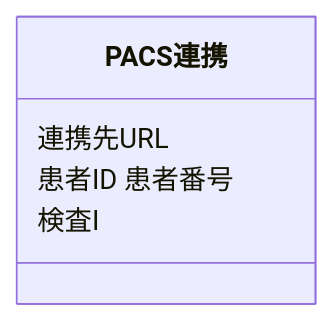
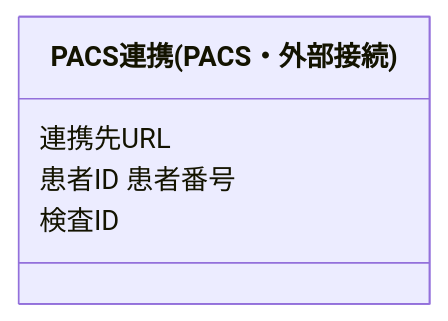
Before and after one commit to mmineno/projext-x: the diagram in db/外部接続・PACS.md, drawn with Mermaid. The commit also changed 1 other file, not shown here.

````diff
--- a/db/外部接続・PACS.md
+++ b/db/外部接続・PACS.md
@@ -1,9 +1,9 @@
 ```mermaid
 classDiagram
 direction BT
-    class PACS連携 {
+    class PACS連携["PACS連携(PACS・外部接続)"] {
         連携先URL
         患者ID 患者番号
-        検査I
+        検査ID
     }
 ```
````
